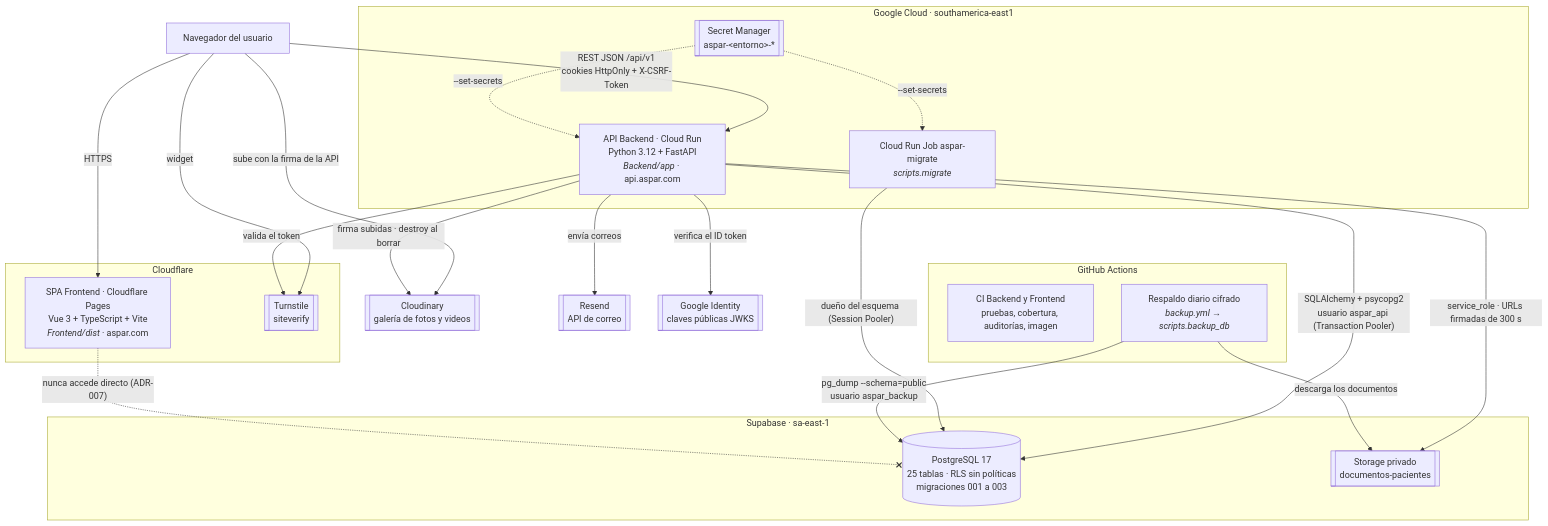
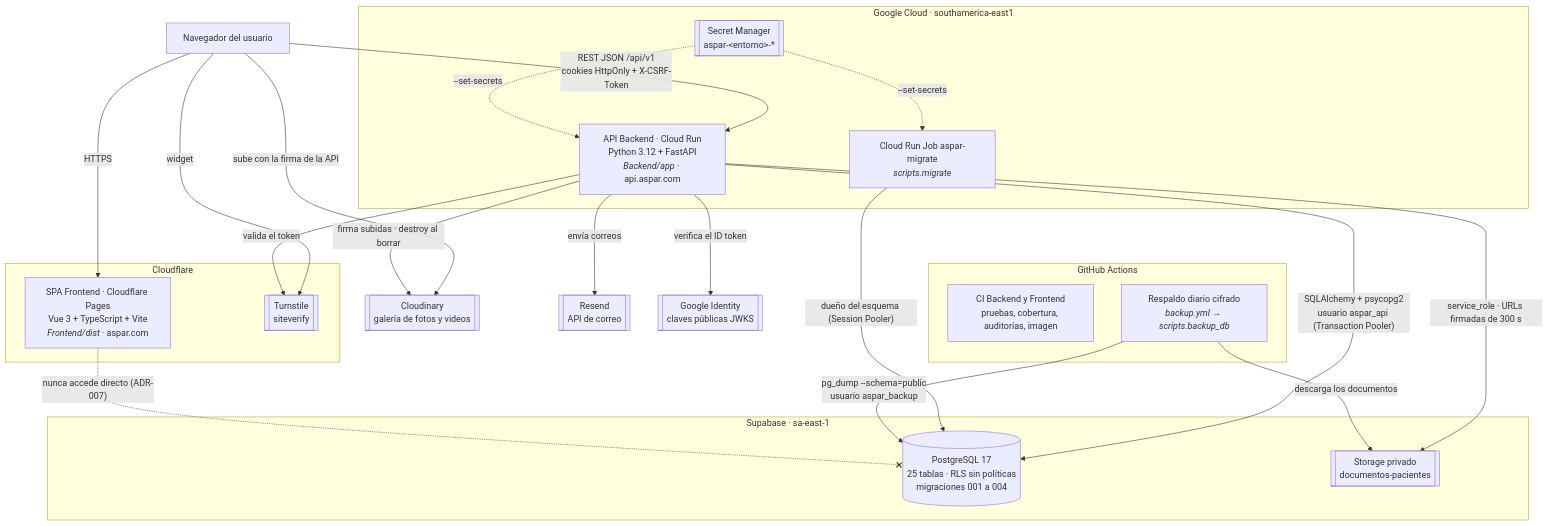
Before and after one commit to Joserppz/soluna-solutions: the second of 6 diagrams in docs/arquitectura/C4_Y_MODELO_ER_ACTUALIZADO.md, drawn with Mermaid. The commit also changed other lines of this file and 16 other files, not shown here.

````diff
--- a/docs/arquitectura/C4_Y_MODELO_ER_ACTUALIZADO.md
+++ b/docs/arquitectura/C4_Y_MODELO_ER_ACTUALIZADO.md
@@ -48,46 +48,46 @@
 ```mermaid
 flowchart TB
     navegador["Navegador del usuario"]
 
     subgraph cloudflare["Cloudflare"]
         spa["SPA Frontend · Cloudflare Pages<br/>Vue 3 + TypeScript + Vite<br/><i>Frontend/dist</i> · aspar.com"]
         turnstile[["Turnstile<br/>siteverify"]]
     end
 
     subgraph gcp["Google Cloud · southamerica-east1"]
         api["API Backend · Cloud Run<br/>Python 3.12 + FastAPI<br/><i>Backend/app</i> · api.aspar.com"]
         job["Cloud Run Job aspar-migrate<br/><i>scripts.migrate</i>"]
         secretos[["Secret Manager<br/>aspar-&lt;entorno&gt;-*"]]
     end
 
     subgraph supabase["Supabase · sa-east-1"]
-        db[("PostgreSQL 17<br/>25 tablas · RLS sin políticas<br/>migraciones 001 a 003")]
+        db[("PostgreSQL 17<br/>25 tablas · RLS sin políticas<br/>migraciones 001 a 004")]
         bucket[["Storage privado<br/>documentos-pacientes"]]
     end
 
     subgraph github["GitHub Actions"]
         ci["CI Backend y Frontend<br/>pruebas, cobertura, auditorías, imagen"]
         respaldo["Respaldo diario cifrado<br/><i>backup.yml → scripts.backup_db</i>"]
     end
 
     cloudinary[["Cloudinary<br/>galería de fotos y videos"]]
     resend[["Resend<br/>API de correo"]]
     google[["Google Identity<br/>claves públicas JWKS"]]
 
     navegador -- "HTTPS" --> spa
     navegador -- "REST JSON /api/v1<br/>cookies HttpOnly + X-CSRF-Token" --> api
     navegador -- "sube con la firma de la API" --> cloudinary
     navegador -- "widget" --> turnstile
     api -- "SQLAlchemy + psycopg2<br/>usuario aspar_api (Transaction Pooler)" --> db
     job -- "dueño del esquema (Session Pooler)" --> db
     api -- "service_role · URLs firmadas de 300 s" --> bucket
     api -- "firma subidas · destroy al borrar" --> cloudinary
     api -- "valida el token" --> turnstile
     api -- "envía correos" --> resend
     api -- "verifica el ID token" --> google
     secretos -. "--set-secrets" .-> api
     secretos -. "--set-secrets" .-> job
     respaldo -- "pg_dump --schema=public<br/>usuario aspar_backup" --> db
     respaldo -- "descarga los documentos" --> bucket
     spa -. "nunca accede directo (ADR-007)" .-x db
 ```
````
